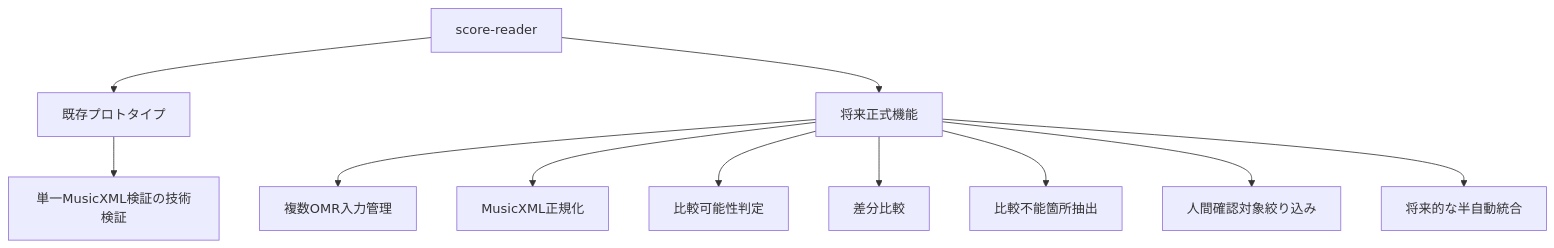
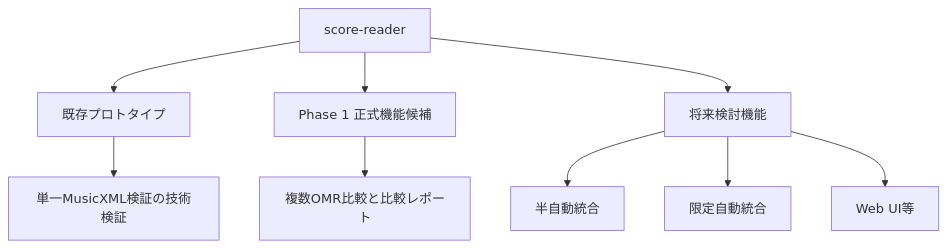
One commit to t-oikawa-sendai/score-reader changed the third of 4 diagrams in docs/design/MULTI_OMR_BASIC_DESIGN.md. Above: the diagram before and after it, drawn with Mermaid. The commit also changed other lines of this file, not shown here.

Commit message:
Separate phase 1 comparison scope from future integration workflow

````diff
--- a/docs/design/MULTI_OMR_BASIC_DESIGN.md
+++ b/docs/design/MULTI_OMR_BASIC_DESIGN.md
@@ -254,14 +292,12 @@
 ```mermaid
 flowchart TD
     A[score-reader] --> B[既存プロトタイプ]
-    A --> C[将来正式機能]
+    A --> C[Phase 1 正式機能候補]
+    A --> D[将来検討機能]
 
-    B --> D[単一MusicXML検証の技術検証]
-    C --> E[複数OMR入力管理]
-    C --> F[MusicXML正規化]
-    C --> G[比較可能性判定]
-    C --> H[差分比較]
-    C --> I[比較不能箇所抽出]
-    C --> J[人間確認対象絞り込み]
-    C --> K[将来的な半自動統合]
+    B --> B1[単一MusicXML検証の技術検証]
+    C --> C1[複数OMR比較と比較レポート]
+    D --> D1[半自動統合]
+    D --> D2[限定自動統合]
+    D --> D3[Web UI等]
 ```
````
